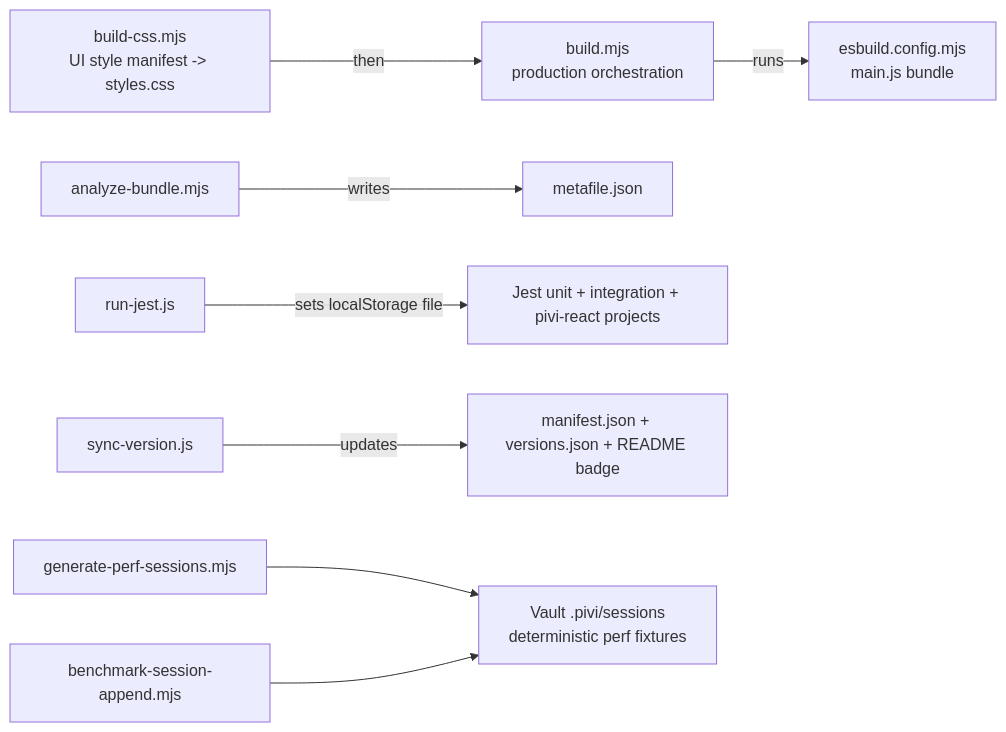
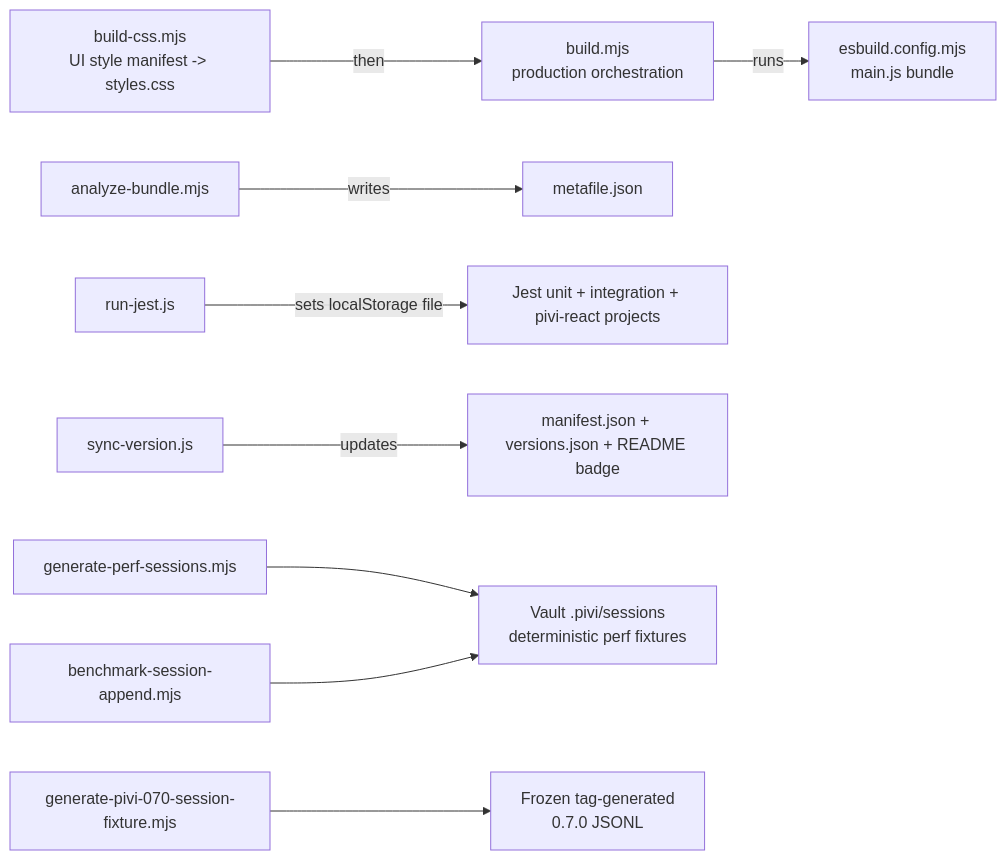
One commit to shuuul/obsidian-pivi changed the diagram in scripts/AGENTS.md. Above: the diagram before and after it, drawn with Mermaid. The commit also changed other lines of this file and 5 other files, not shown here.

First line of the commit message:
test(session): add 0.7.0 writer provenance

````diff
--- a/scripts/AGENTS.md
+++ b/scripts/AGENTS.md
@@ -9,10 +9,11 @@
 ```mermaid
 flowchart LR
   CSS["build-css.mjs<br/>UI style manifest -> styles.css"] -- "then" --> Build["build.mjs<br/>production orchestration"]
   Build -- "runs" --> Esbuild["esbuild.config.mjs<br/>main.js bundle"]
   Analyze["analyze-bundle.mjs"] -- "writes" --> Meta["metafile.json"]
   Jest["run-jest.js"] -- "sets localStorage file" --> Tests["Jest unit + integration + pivi-react projects"]
   Version["sync-version.js"] -- "updates" --> Manifest["manifest.json + versions.json + README badge"]
   Fixtures["generate-perf-sessions.mjs"] --> Sessions["Vault .pivi/sessions<br/>deterministic perf fixtures"]
+  Provenance["generate-pivi-070-session-fixture.mjs"] --> Frozen["Frozen tag-generated<br/>0.7.0 JSONL"]
   AppendBench["benchmark-session-append.mjs"] --> Sessions
 ```
````
